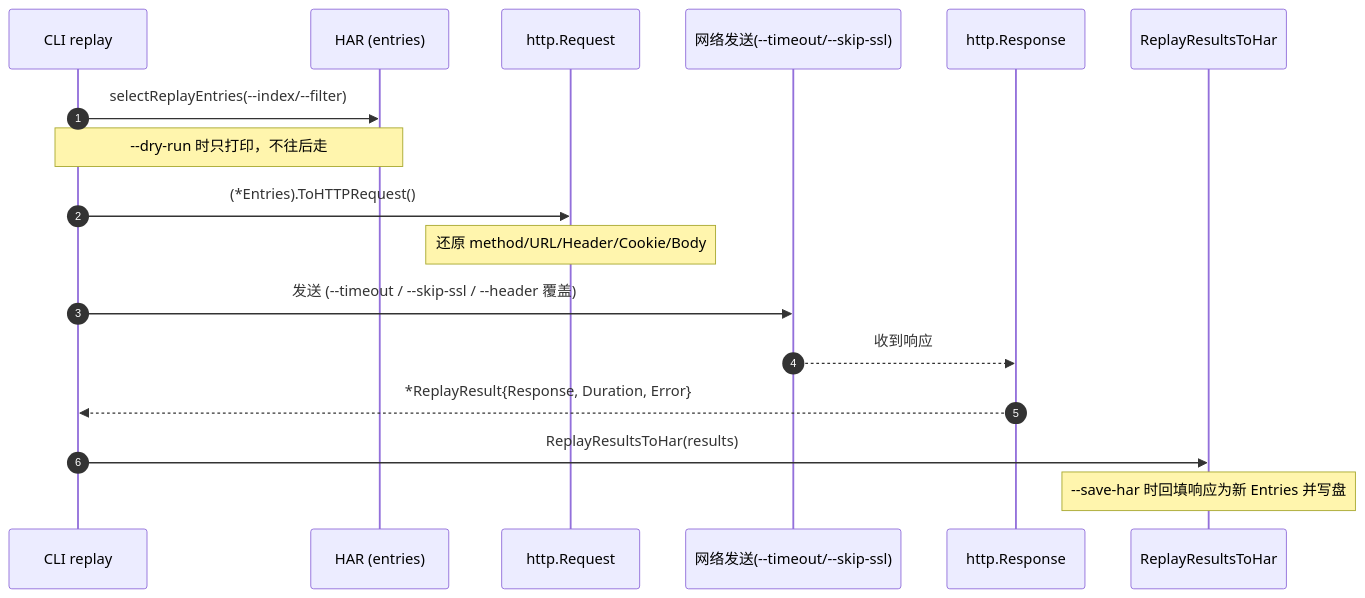
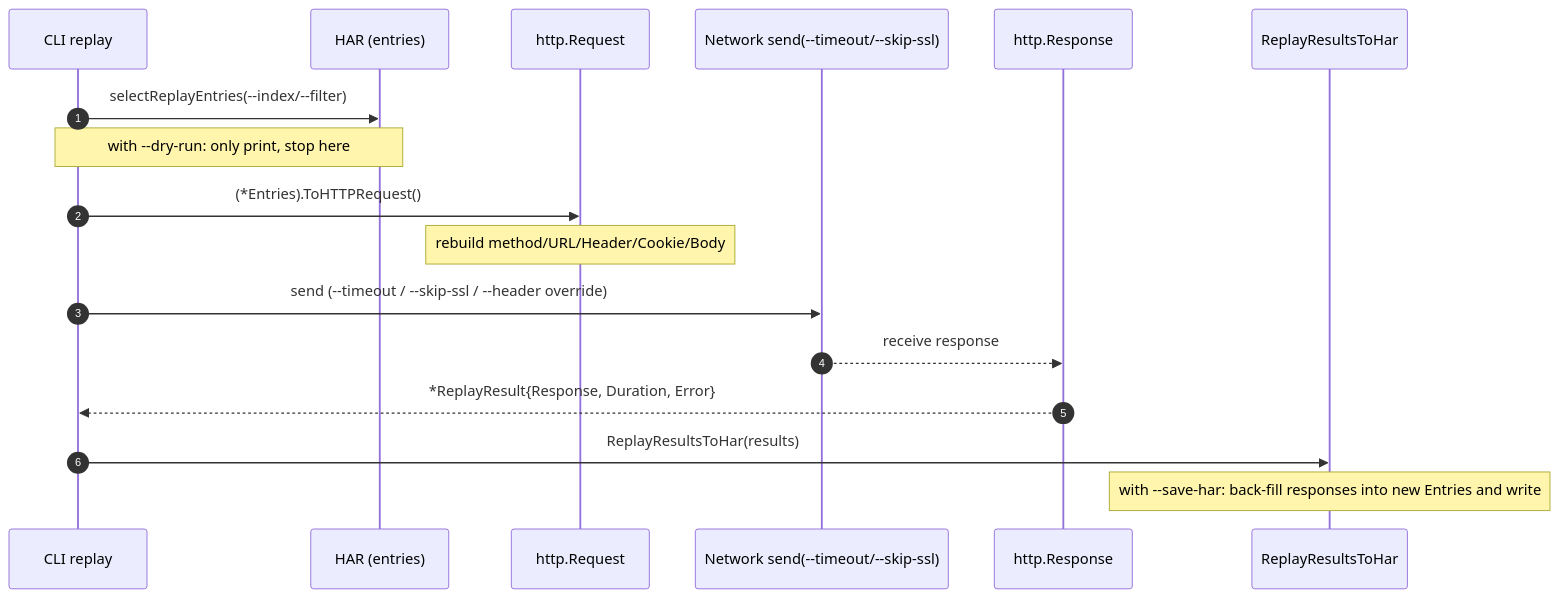
Before and after one commit to hitechcloud-vietnam/har-skills: the diagram in website/zh/cli/transform.md, drawn with Mermaid. The commit also changed other lines of this file and 97 other files, not shown here.

````diff
--- a/website/zh/cli/transform.md
+++ b/website/zh/cli/transform.md
@@ -250,20 +250,20 @@
 ```mermaid
 sequenceDiagram
     autonumber
     participant CLI as CLI replay
     participant HAR as HAR (entries)
     participant REQ as http.Request
-    participant NET as 网络发送(--timeout/--skip-ssl)
+    participant NET as Network send(--timeout/--skip-ssl)
     participant RES as http.Response
     participant OUT as ReplayResultsToHar
 
     CLI->>HAR: selectReplayEntries(--index/--filter)
-    Note over CLI,HAR: --dry-run 时只打印，不往后走
+    Note over CLI,HAR: with --dry-run: only print, stop here
     CLI->>REQ: (*Entries).ToHTTPRequest()
-    Note over REQ: 还原 method/URL/Header/Cookie/Body
-    CLI->>NET: 发送 (--timeout / --skip-ssl / --header 覆盖)
-    NET-->>RES: 收到响应
+    Note over REQ: rebuild method/URL/Header/Cookie/Body
+    CLI->>NET: send (--timeout / --skip-ssl / --header override)
+    NET-->>RES: receive response
     RES-->>CLI: *ReplayResult{Response, Duration, Error}
     CLI->>OUT: ReplayResultsToHar(results)
-    Note over OUT: --save-har 时回填响应为新 Entries 并写盘
+    Note over OUT: with --save-har: back-fill responses into new Entries and write
 ```
````
